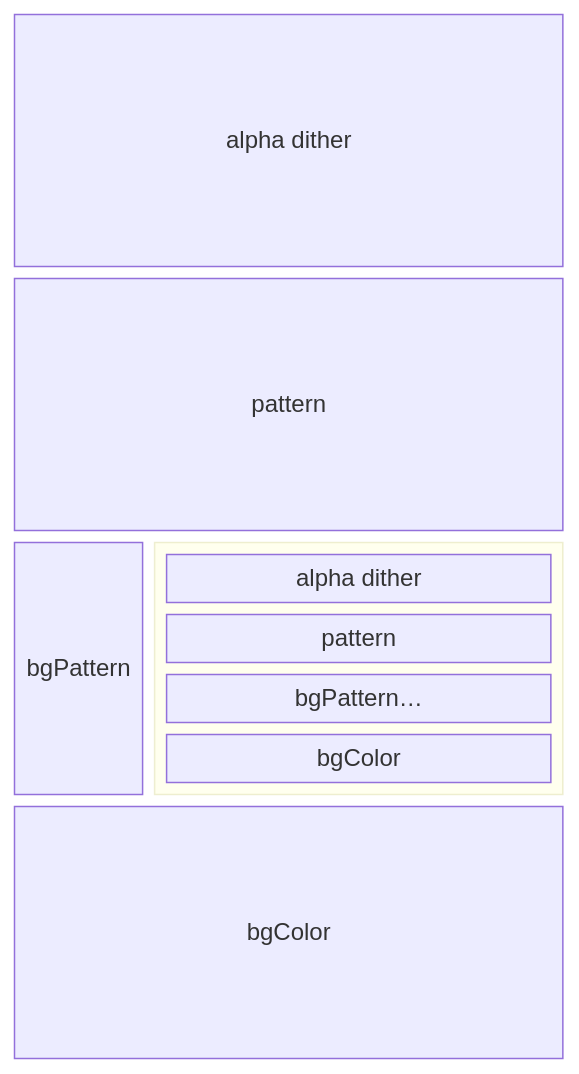
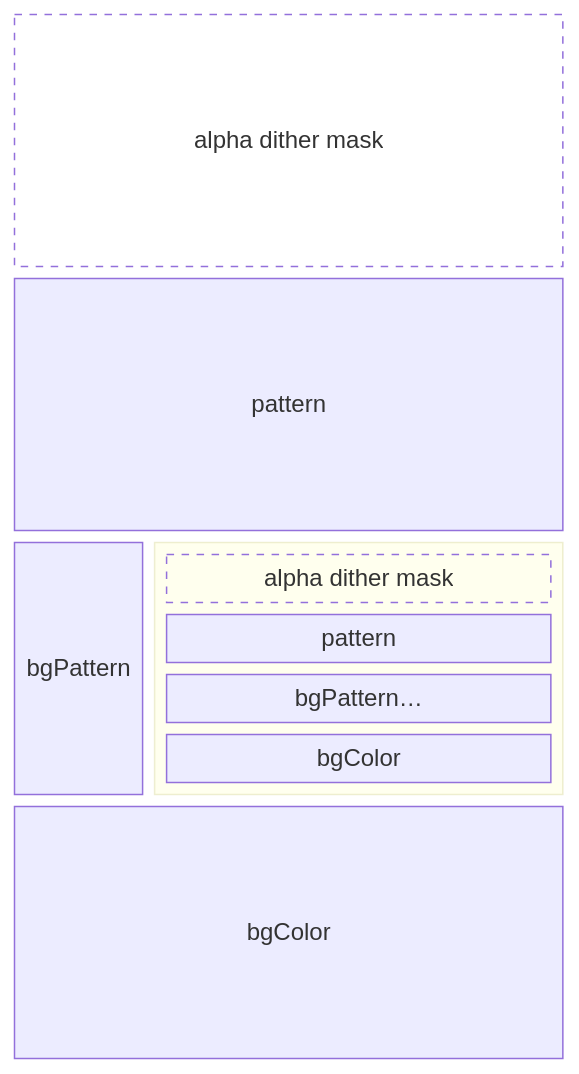
The diagram in README.md (ebeneliason/easy-pattern), drawn with Mermaid before and after one commit. The commit also changed other lines of this file, not shown here.

````diff
--- a/README.md
+++ b/README.md
@@ -160,15 +160,18 @@
 ```mermaid
 block-beta
 columns 8
-  M["alpha dither"]:8
+  M["alpha dither mask"]:8
   A["pattern"]:8
   B["bgPattern"]:2
   block:bgPattern:6
     columns 1
-    W["alpha dither"]
+    W["alpha dither mask"]
     X["pattern"]
     Y["bgPattern…"]
     Z["bgColor"]
   end
   C["bgColor"]:8
+classDef mask fill:#FFFFFF05, stroke-dasharray: 5 5
+class M mask
+class W mask
 ```
````
